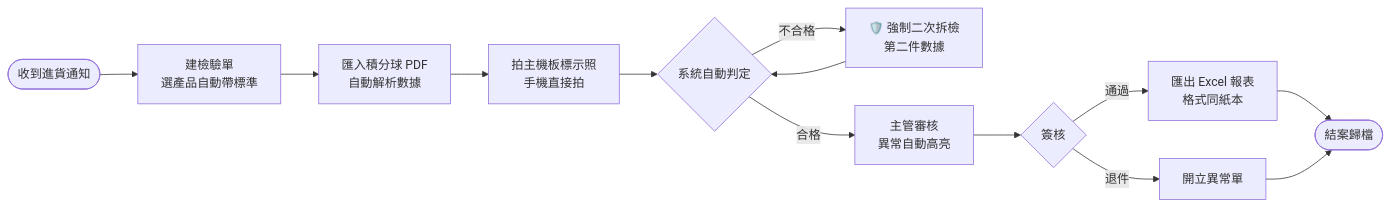
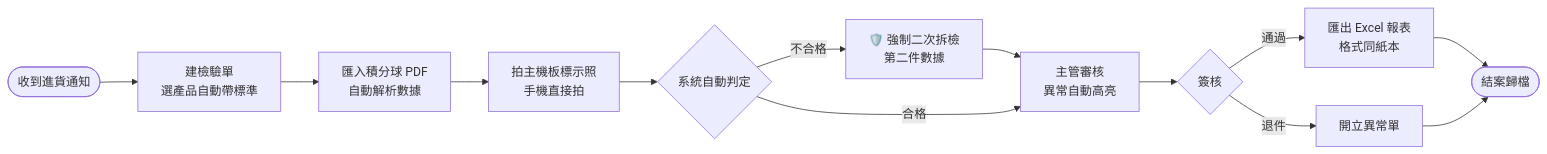
One commit to keepgoingyuu/iqc-inspect changed the diagram in slides/slides.md. Above: the diagram before and after it, drawn with Mermaid. The commit also changed other lines of this file, not shown here.

First line of the commit message:
Deck logic pass: BLUF status, pain-pillar mapping, flow fix, honest asks

````diff
--- a/slides/slides.md
+++ b/slides/slides.md
@@ -73,15 +78,15 @@
 ```mermaid {scale: 0.42}
 flowchart LR
     A([收到進貨通知]) --> B[建檢驗單<br/>選產品自動帶標準]
     B --> C[匯入積分球 PDF<br/>自動解析數據]
     C --> D[拍主機板標示照<br/>手機直接拍]
     D --> E{系統自動判定}
     E -- 不合格 --> F[🛡️ 強制二次拆檢<br/>第二件數據]
-    F --> E
+    F --> G
     E -- 合格 --> G[主管審核<br/>異常自動高亮]
     G --> H{簽核}
     H -- 通過 --> I[匯出 Excel 報表<br/>格式同紙本]
     H -- 退件 --> J[開立異常單]
     I --> K([結案歸檔])
     J --> K
 ```
````
